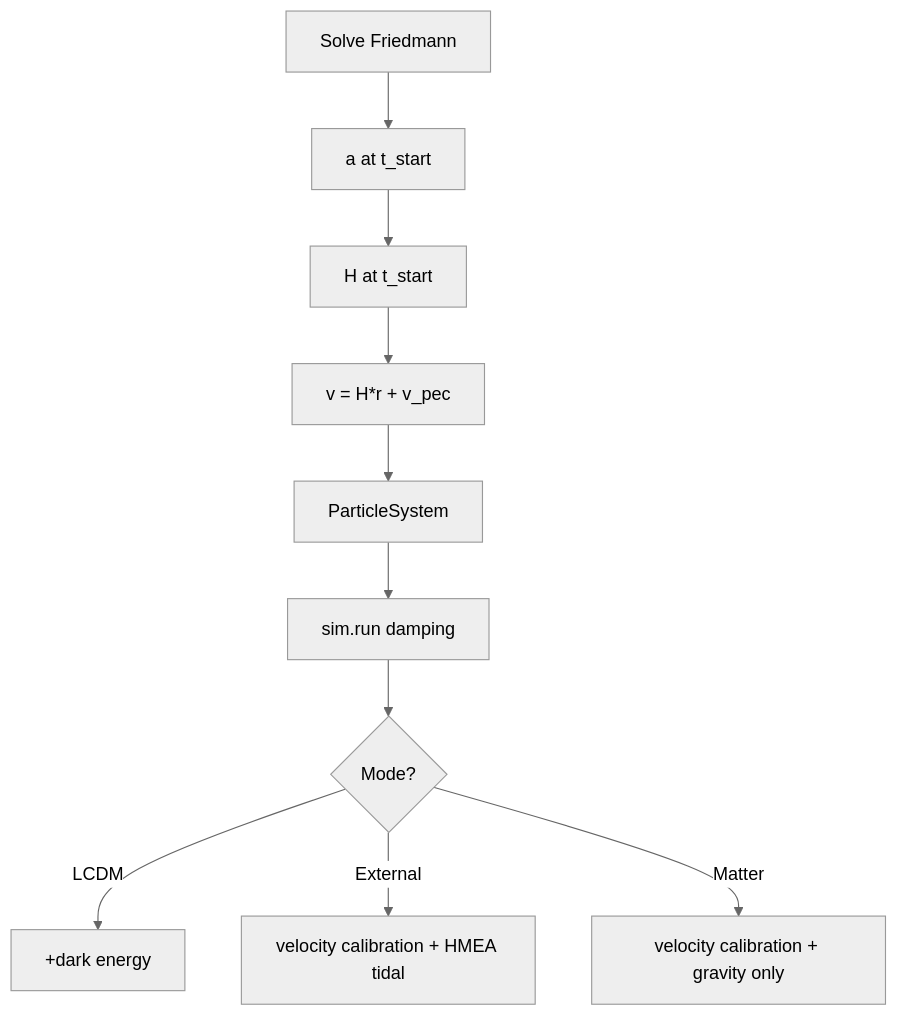
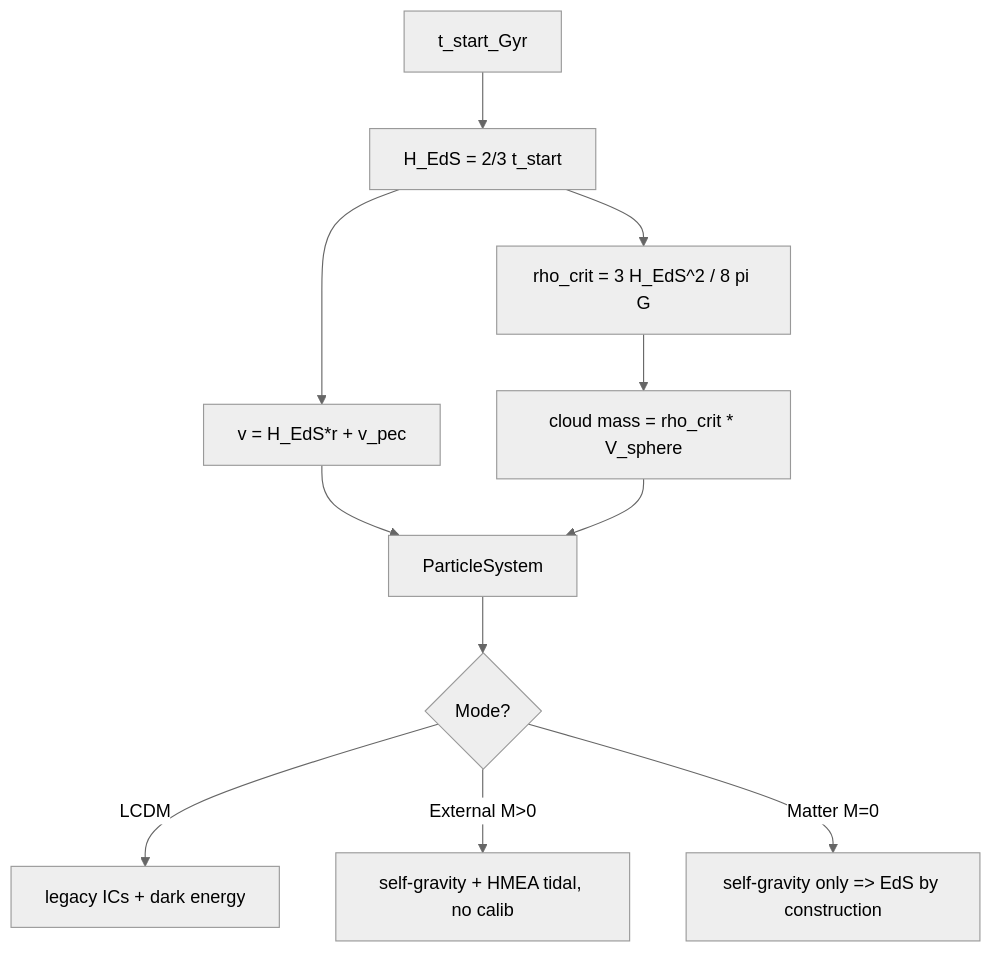
Before and after one commit to MartinGamsby/ProgenitorNodeModelCosmology: the diagram in lode/physics/initial-conditions.md, drawn with Mermaid (neutral theme). The commit also changed other lines of this file and 7 other files, not shown here.

````diff
--- a/lode/physics/initial-conditions.md
+++ b/lode/physics/initial-conditions.md
@@ -152,12 +191,13 @@
 ```mermaid
 graph TD
-    A[Solve Friedmann] --> B[a at t_start]
-    B --> C[H at t_start]
-    C --> D[v = H*r + v_pec]
+    A[t_start_Gyr] --> C[H_EdS = 2/3 t_start]
+    C --> RHO[rho_crit = 3 H_EdS^2 / 8 pi G]
+    RHO --> M[cloud mass = rho_crit * V_sphere]
+    C --> D[v = H_EdS*r + v_pec]
     D --> E[ParticleSystem]
-    E --> F[sim.run damping]
-    F --> G{Mode?}
-    G -->|LCDM| H[+dark energy]
-    G -->|External| I[velocity calibration + HMEA tidal]
-    G -->|Matter| J[velocity calibration + gravity only]
+    M --> E
+    E --> F{Mode?}
+    F -->|LCDM| H[legacy ICs + dark energy]
+    F -->|External M>0| I[self-gravity + HMEA tidal, no calib]
+    F -->|Matter M=0| J[self-gravity only => EdS by construction]
 ```
````
